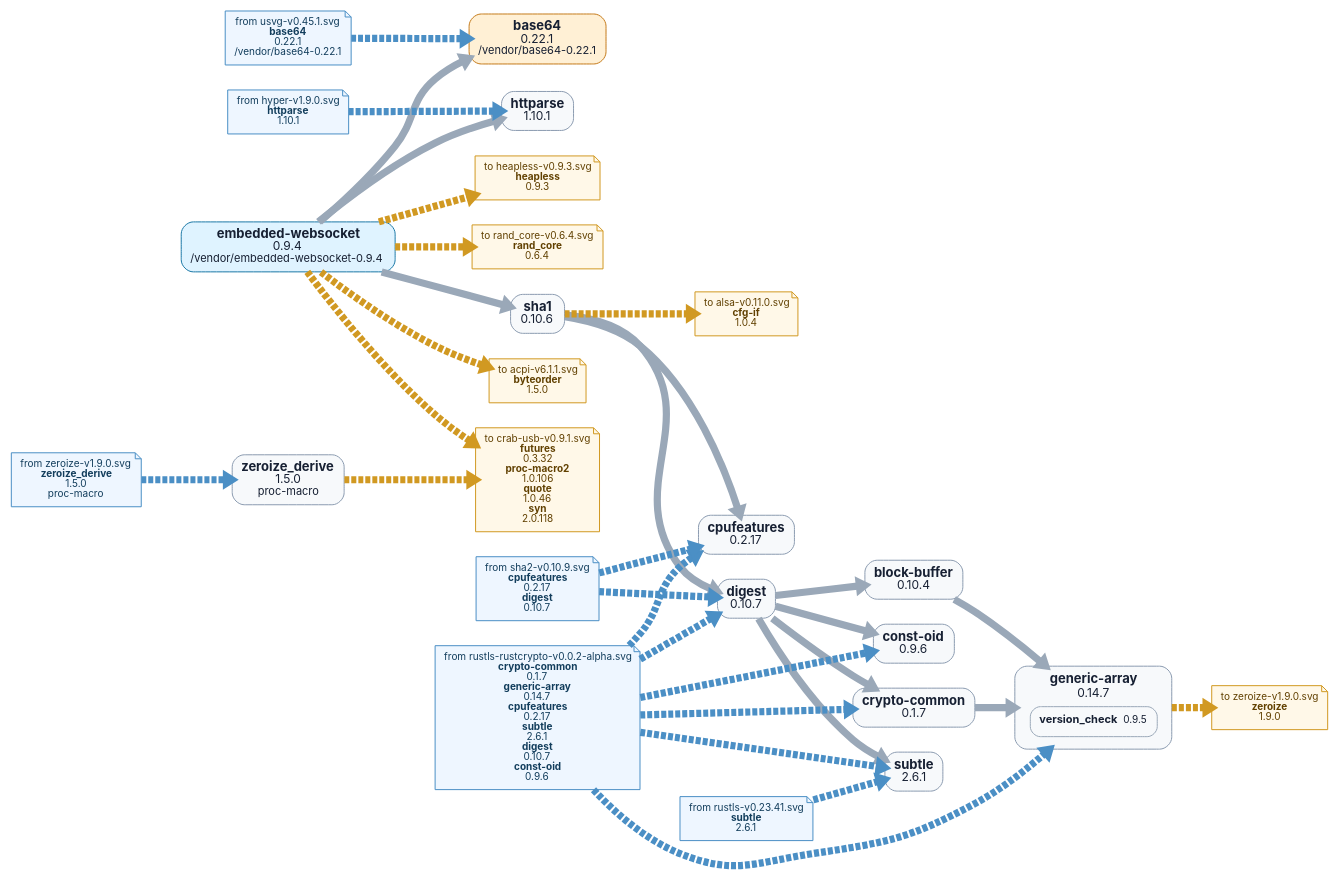
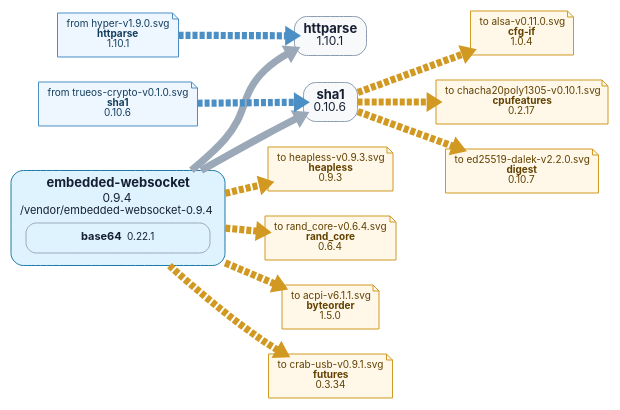
The diagram in tools/docs/depgraph/by-root/embedded-websocket-v0.9.4.dot (t4ce/TRUEOS), drawn with Graphviz before and after one commit. The commit also changed 214 other files, not shown here.

```diff
--- a/tools/docs/depgraph/by-root/embedded-websocket-v0.9.4.dot
+++ b/tools/docs/depgraph/by-root/embedded-websocket-v0.9.4.dot
@@ -1,63 +1,33 @@
 digraph "embedded-websocket-v0.9.4" {
   graph [rankdir=LR, bgcolor="white", overlap=false, splines=true, nodesep=0.35, ranksep=0.55];
   node [shape=box, style="rounded,filled", fontname="Inter,Arial", fontsize=10, margin="0.13,0.10", color="#8b9bb0", fillcolor="#f7f9fb", fontcolor="#172033"];
   edge [color="#9aa8b8", arrowsize=0.55, penwidth=7.2];
-  n0 [label=<<FONT POINT-SIZE="13"><B>embedded-websocket</B></FONT><BR/><FONT POINT-SIZE="12">0.9.4</FONT><BR/><FONT POINT-SIZE="11">/vendor/embedded-websocket-0.9.4</FONT>>, fillcolor="#dff3ff", color="#1b78a6"];
-  n1 [label=<<FONT POINT-SIZE="13"><B>base64</B></FONT><BR/><FONT POINT-SIZE="12">0.22.1</FONT><BR/><FONT POINT-SIZE="11">/vendor/base64-0.22.1</FONT>>, fillcolor="#fff0d5", color="#c47a1a"];
-  n2 [label=<<FONT POINT-SIZE="13"><B>block-buffer</B></FONT><BR/><FONT POINT-SIZE="12">0.10.4</FONT>>, fillcolor="#f7f9fb", color="#8b9bb0"];
-  n3 [label=<<FONT POINT-SIZE="13"><B>const-oid</B></FONT><BR/><FONT POINT-SIZE="12">0.9.6</FONT>>, fillcolor="#f7f9fb", color="#8b9bb0"];
-  n4 [label=<<FONT POINT-SIZE="13"><B>cpufeatures</B></FONT><BR/><FONT POINT-SIZE="12">0.2.17</FONT>>, fillcolor="#f7f9fb", color="#8b9bb0"];
-  n5 [label=<<FONT POINT-SIZE="13"><B>crypto-common</B></FONT><BR/><FONT POINT-SIZE="12">0.1.7</FONT>>, fillcolor="#f7f9fb", color="#8b9bb0"];
-  n6 [label=<<FONT POINT-SIZE="13"><B>digest</B></FONT><BR/><FONT POINT-SIZE="12">0.10.7</FONT>>, fillcolor="#f7f9fb", color="#8b9bb0"];
-  n7 [label=<<TABLE BORDER="0" CELLBORDER="0" CELLSPACING="0" CELLPADDING="0"><TR><TD><FONT POINT-SIZE="13"><B>generic-array</B></FONT></TD></TR>
-<TR><TD><FONT POINT-SIZE="12">0.14.7</FONT></TD></TR><TR><TD><TABLE BORDER="0" CELLBORDER="0" CELLSPACING="6" CELLPADDING="0"><TR><TD><TABLE BORDER="1" CELLBORDER="0" CELLSPACING="0" CELLPADDING="8" COLOR="#9aa8b8" STYLE="ROUNDED"><TR><TD><FONT POINT-SIZE="11"><B>version_check</B></FONT> <FONT POINT-SIZE="10">0.9.5</FONT></TD></TR></TABLE></TD></TR></TABLE></TD></TR></TABLE>>, fillcolor="#f7f9fb", color="#8b9bb0"];
-  n8 [label=<<FONT POINT-SIZE="13"><B>httparse</B></FONT><BR/><FONT POINT-SIZE="12">1.10.1</FONT>>, fillcolor="#f7f9fb", color="#8b9bb0"];
-  n9 [label=<<FONT POINT-SIZE="13"><B>sha1</B></FONT><BR/><FONT POINT-SIZE="12">0.10.6</FONT>>, fillcolor="#f7f9fb", color="#8b9bb0"];
-  n10 [label=<<FONT POINT-SIZE="13"><B>subtle</B></FONT><BR/><FONT POINT-SIZE="12">2.6.1</FONT>>, fillcolor="#f7f9fb", color="#8b9bb0"];
-  n11 [label=<<FONT POINT-SIZE="13"><B>zeroize_derive</B></FONT><BR/><FONT POINT-SIZE="12">1.5.0</FONT><BR/><FONT POINT-SIZE="11">proc-macro</FONT>>, fillcolor="#f7f9fb", color="#8b9bb0"];
-  n2 -> n7;
-  n5 -> n7;
-  n6 -> n2;
-  n6 -> n3;
-  n6 -> n5;
-  n6 -> n10;
+  n0 [label=<<TABLE BORDER="0" CELLBORDER="0" CELLSPACING="0" CELLPADDING="0"><TR><TD><FONT POINT-SIZE="13"><B>embedded-websocket</B></FONT></TD></TR>
+<TR><TD><FONT POINT-SIZE="12">0.9.4</FONT></TD></TR>
+<TR><TD><FONT POINT-SIZE="11">/vendor/embedded-websocket-0.9.4</FONT></TD></TR><TR><TD><TABLE BORDER="0" CELLBORDER="0" CELLSPACING="6" CELLPADDING="0"><TR><TD><TABLE BORDER="1" CELLBORDER="0" CELLSPACING="0" CELLPADDING="8" COLOR="#9aa8b8" STYLE="ROUNDED"><TR><TD><FONT POINT-SIZE="11"><B>base64</B></FONT> <FONT POINT-SIZE="10">0.22.1</FONT></TD></TR></TABLE></TD></TR></TABLE></TD></TR></TABLE>>, fillcolor="#dff3ff", color="#1b78a6"];
+  n1 [label=<<FONT POINT-SIZE="13"><B>httparse</B></FONT><BR/><FONT POINT-SIZE="12">1.10.1</FONT>>, fillcolor="#f7f9fb", color="#8b9bb0"];
+  n2 [label=<<FONT POINT-SIZE="13"><B>sha1</B></FONT><BR/><FONT POINT-SIZE="12">0.10.6</FONT>>, fillcolor="#f7f9fb", color="#8b9bb0"];
   n0 -> n1;
-  n0 -> n8;
-  n0 -> n9;
-  n9 -> n4;
-  n9 -> n6;
+  n0 -> n2;
   out0 [label=<to acpi-v6.1.1.svg<BR/><B>byteorder</B><BR/>1.5.0>, shape=note, style="filled", fillcolor="#fff8e8", color="#d19922", fontcolor="#614000"];
   n0 -> out0 [style=dashed, color="#d19922"];
   out1 [label=<to alsa-v0.11.0.svg<BR/><B>cfg-if</B><BR/>1.0.4>, shape=note, style="filled", fillcolor="#fff8e8", color="#d19922", fontcolor="#614000"];
-  n9 -> out1 [style=dashed, color="#d19922"];
-  out2 [label=<to crab-usb-v0.9.1.svg<BR/><B>futures</B><BR/>0.3.32<BR/><B>proc-macro2</B><BR/>1.0.106<BR/><B>quote</B><BR/>1.0.46<BR/><B>syn</B><BR/>2.0.118>, shape=note, style="filled", fillcolor="#fff8e8", color="#d19922", fontcolor="#614000"];
-  n0 -> out2 [style=dashed, color="#d19922"];
-  n11 -> out2 [style=dashed, color="#d19922"];
-  out3 [label=<to heapless-v0.9.3.svg<BR/><B>heapless</B><BR/>0.9.3>, shape=note, style="filled", fillcolor="#fff8e8", color="#d19922", fontcolor="#614000"];
+  n2 -> out1 [style=dashed, color="#d19922"];
+  out2 [label=<to chacha20poly1305-v0.10.1.svg<BR/><B>cpufeatures</B><BR/>0.2.17>, shape=note, style="filled", fillcolor="#fff8e8", color="#d19922", fontcolor="#614000"];
+  n2 -> out2 [style=dashed, color="#d19922"];
+  out3 [label=<to crab-usb-v0.9.1.svg<BR/><B>futures</B><BR/>0.3.34>, shape=note, style="filled", fillcolor="#fff8e8", color="#d19922", fontcolor="#614000"];
   n0 -> out3 [style=dashed, color="#d19922"];
-  out4 [label=<to rand_core-v0.6.4.svg<BR/><B>rand_core</B><BR/>0.6.4>, shape=note, style="filled", fillcolor="#fff8e8", color="#d19922", fontcolor="#614000"];
-  n0 -> out4 [style=dashed, color="#d19922"];
-  out5 [label=<to zeroize-v1.9.0.svg<BR/><B>zeroize</B><BR/>1.9.0>, shape=note, style="filled", fillcolor="#fff8e8", color="#d19922", fontcolor="#614000"];
-  n7 -> out5 [style=dashed, color="#d19922"];
-  in6 [label=<from hyper-v1.9.0.svg<BR/><B>httparse</B><BR/>1.10.1>, shape=note, style="filled", fillcolor="#eef6ff", color="#4b8fc5", fontcolor="#123d5c"];
-  in6 -> n8 [style=dashed, color="#4b8fc5"];
-  in7 [label=<from rustls-rustcrypto-v0.0.2-alpha.svg<BR/><B>crypto-common</B><BR/>0.1.7<BR/><B>generic-array</B><BR/>0.14.7<BR/><B>cpufeatures</B><BR/>0.2.17<BR/><B>subtle</B><BR/>2.6.1<BR/><B>digest</B><BR/>0.10.7<BR/><B>const-oid</B><BR/>0.9.6>, shape=note, style="filled", fillcolor="#eef6ff", color="#4b8fc5", fontcolor="#123d5c"];
-  in7 -> n3 [style=dashed, color="#4b8fc5"];
-  in7 -> n4 [style=dashed, color="#4b8fc5"];
-  in7 -> n5 [style=dashed, color="#4b8fc5"];
-  in7 -> n6 [style=dashed, color="#4b8fc5"];
-  in7 -> n7 [style=dashed, color="#4b8fc5"];
-  in7 -> n10 [style=dashed, color="#4b8fc5"];
-  in8 [label=<from rustls-v0.23.41.svg<BR/><B>subtle</B><BR/>2.6.1>, shape=note, style="filled", fillcolor="#eef6ff", color="#4b8fc5", fontcolor="#123d5c"];
-  in8 -> n10 [style=dashed, color="#4b8fc5"];
-  in9 [label=<from sha2-v0.10.9.svg<BR/><B>cpufeatures</B><BR/>0.2.17<BR/><B>digest</B><BR/>0.10.7>, shape=note, style="filled", fillcolor="#eef6ff", color="#4b8fc5", fontcolor="#123d5c"];
-  in9 -> n4 [style=dashed, color="#4b8fc5"];
-  in9 -> n6 [style=dashed, color="#4b8fc5"];
-  in10 [label=<from usvg-v0.45.1.svg<BR/><B>base64</B><BR/>0.22.1<BR/>/vendor/base64-0.22.1>, shape=note, style="filled", fillcolor="#eef6ff", color="#4b8fc5", fontcolor="#123d5c"];
-  in10 -> n1 [style=dashed, color="#4b8fc5"];
-  in11 [label=<from zeroize-v1.9.0.svg<BR/><B>zeroize_derive</B><BR/>1.5.0<BR/>proc-macro>, shape=note, style="filled", fillcolor="#eef6ff", color="#4b8fc5", fontcolor="#123d5c"];
-  in11 -> n11 [style=dashed, color="#4b8fc5"];
-  // collapsed leaf ends: 2
+  out4 [label=<to ed25519-dalek-v2.2.0.svg<BR/><B>digest</B><BR/>0.10.7>, shape=note, style="filled", fillcolor="#fff8e8", color="#d19922", fontcolor="#614000"];
+  n2 -> out4 [style=dashed, color="#d19922"];
+  out5 [label=<to heapless-v0.9.3.svg<BR/><B>heapless</B><BR/>0.9.3>, shape=note, style="filled", fillcolor="#fff8e8", color="#d19922", fontcolor="#614000"];
+  n0 -> out5 [style=dashed, color="#d19922"];
+  out6 [label=<to rand_core-v0.6.4.svg<BR/><B>rand_core</B><BR/>0.6.4>, shape=note, style="filled", fillcolor="#fff8e8", color="#d19922", fontcolor="#614000"];
+  n0 -> out6 [style=dashed, color="#d19922"];
+  in7 [label=<from hyper-v1.9.0.svg<BR/><B>httparse</B><BR/>1.10.1>, shape=note, style="filled", fillcolor="#eef6ff", color="#4b8fc5", fontcolor="#123d5c"];
+  in7 -> n1 [style=dashed, color="#4b8fc5"];
+  in8 [label=<from trueos-crypto-v0.1.0.svg<BR/><B>sha1</B><BR/>0.10.6>, shape=note, style="filled", fillcolor="#eef6ff", color="#4b8fc5", fontcolor="#123d5c"];
+  in8 -> n2 [style=dashed, color="#4b8fc5"];
+  // collapsed leaf ends: 1
   // centered two-input leaves: 0
-  // nested two-input leaves: 1
+  // nested two-input leaves: 0
 }
```
